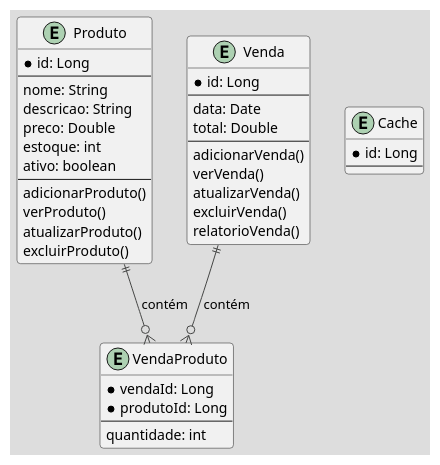
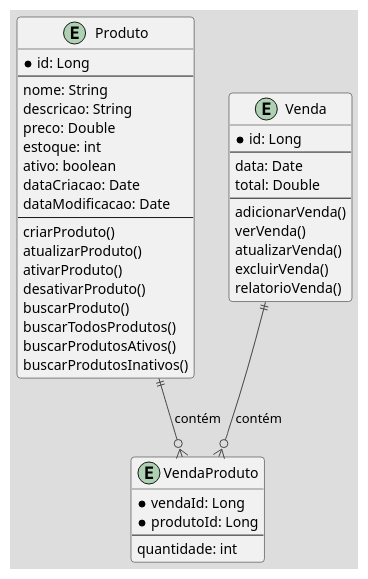
The diagram in src/classes.puml (YoshiDoido/Desafio-3-UOL), drawn with PlantUML before and after one commit. The commit also changed 4 other files, not shown here.

```diff
--- a/src/classes.puml
+++ b/src/classes.puml
@@ -1,46 +1,48 @@
 @startuml
 !theme toy
 
 entity "Produto" {
     * id: Long
     --
     nome: String
     descricao: String
     preco: Double
     estoque: int
     ativo: boolean
+    dataCriacao: Date
+    dataModificacao: Date
     --
-    adicionarProduto()
-    verProduto()
+    criarProduto()
     atualizarProduto()
-    excluirProduto()
+    ativarProduto()
+    desativarProduto()
+    buscarProduto()
+    buscarTodosProdutos()
+    buscarProdutosAtivos()
+    buscarProdutosInativos()
 }
 
 entity "Venda" {
     * id: Long
     --
     data: Date
     total: Double
     --
     adicionarVenda()
     verVenda()
     atualizarVenda()
     excluirVenda()
     relatorioVenda()
 }
 
 entity "VendaProduto" {
     * vendaId: Long
     * produtoId: Long
     --
     quantidade: int
 }
 
 Produto ||--o{ VendaProduto: contém
 Venda ||--o{ VendaProduto: contém
 
-entity "Cache" {
-    * id: Long
-    --
-}
 @enduml
```
